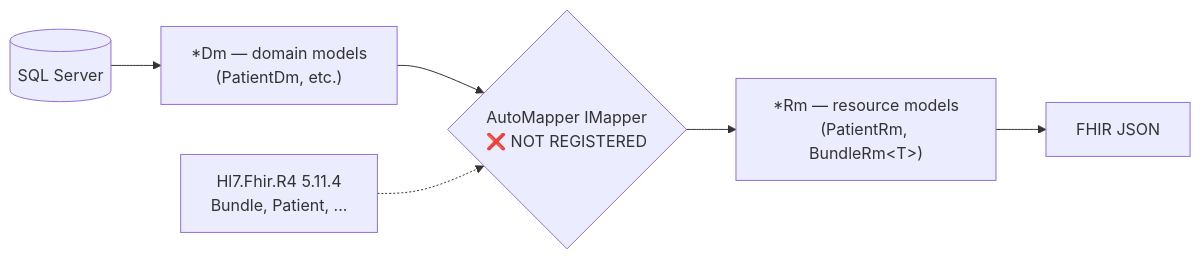
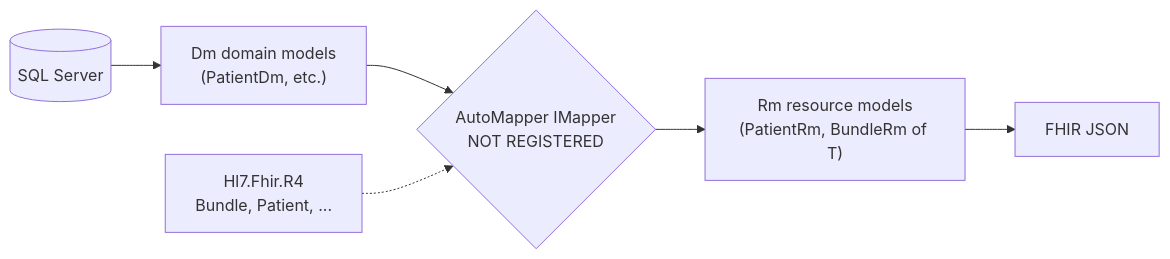
Before and after one commit to hemsingh-3PG/sai-systems-AIRE: the fifth of 5 diagrams in docs/architecture/current/05-interoperability-fhir-ccda-qrda-deep-dive.md, drawn with Mermaid. The commit also changed other lines of this file and 285 other files, not shown here.

````diff
--- a/docs/architecture/current/05-interoperability-fhir-ccda-qrda-deep-dive.md
+++ b/docs/architecture/current/05-interoperability-fhir-ccda-qrda-deep-dive.md
@@ -146,8 +191,8 @@
 ```mermaid
 flowchart LR
-  DB[("SQL Server")] --> DM["*Dm — domain models<br/>(PatientDm, etc.)"]
-  DM --> MAP{"AutoMapper IMapper<br/>❌ NOT REGISTERED"}
-  MAP --> RM["*Rm — resource models<br/>(PatientRm, BundleRm&lt;T&gt;)"]
+  DB[("SQL Server")] --> DM["Dm domain models<br/>(PatientDm, etc.)"]
+  DM --> MAP{"AutoMapper IMapper<br/>NOT REGISTERED"}
+  MAP --> RM["Rm resource models<br/>(PatientRm, BundleRm of T)"]
   RM --> JSON["FHIR JSON"]
-  HL7["Hl7.Fhir.R4 5.11.4<br/>Bundle, Patient, ..."] -.-> MAP
+  HL7["Hl7.Fhir.R4<br/>Bundle, Patient, ..."] -.-> MAP
 ```
````
